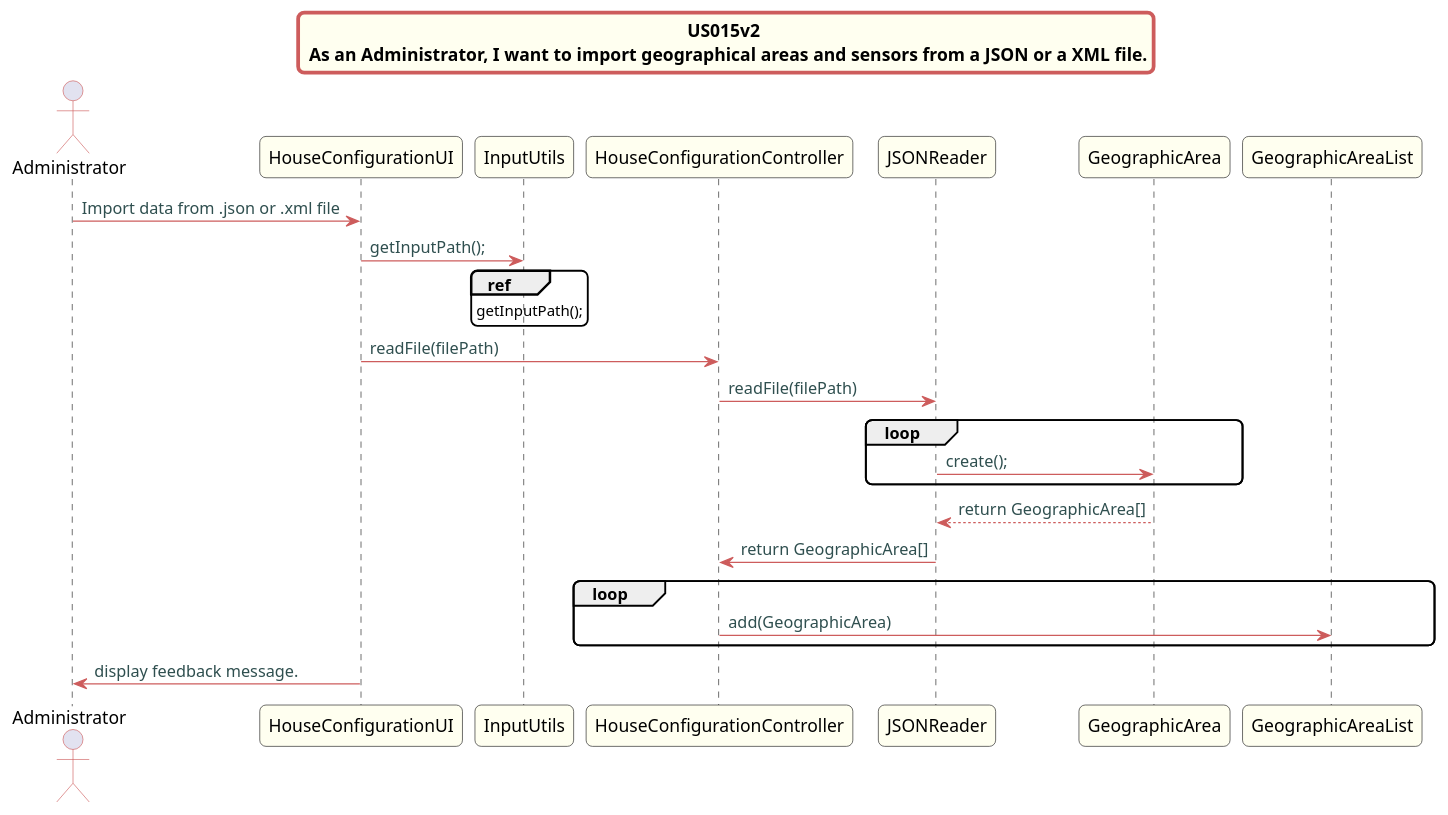
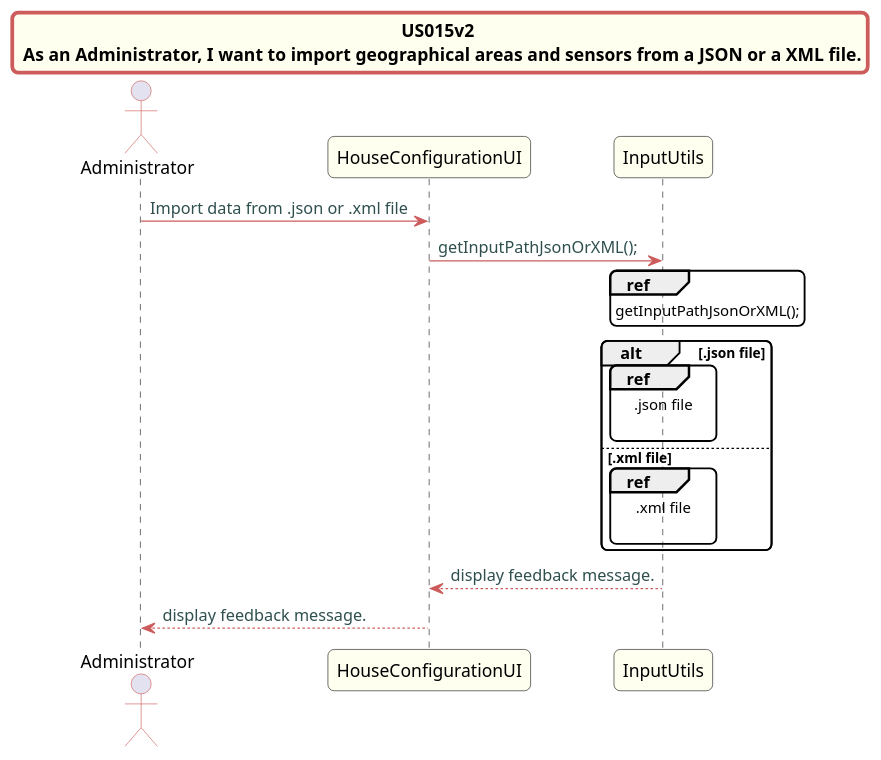
One commit to Almadanmp/project changed the diagram in src/doc/Controllers/HouseConfiguration/US15/US15v2_sd_HouseConfiguration.puml. Above: the diagram before and after it, drawn with PlantUML. The commit also changed 9 other files, not shown here.

Commit message:
REF #178 added class diagram and sequence diagram for us15v2 data persistence when importing data from JSON file

```diff
--- a/src/doc/Controllers/HouseConfiguration/US15/US15v2_sd_HouseConfiguration.puml
+++ b/src/doc/Controllers/HouseConfiguration/US15/US15v2_sd_HouseConfiguration.puml
@@ -1,45 +1,48 @@
 @startuml
 title US015v2 \n As an Administrator, I want to import geographical areas and sensors from a JSON or a XML file.
 skinparam titleBorderRoundCorner 10
 skinparam titleBorderThickness 3
 skinparam titleBorderColor indianred
 skinparam titleBackgroundColor ivory
 skinparam FontName quicksand
 
 skinparam actor {
   BorderColor indianred
   }
 
 skinparam sequence {
   LifeLineBackgroundColor indianred
   ParticipantBackgroundColor ivory
 }
 
 skinparam roundcorner 10
 
 skinparam component {
   arrowThickness 1
   ArrowFontName Verdana
   ArrowColor indianred
   ArrowFontColor darkslategrey
 }
 
 
 actor Administrator
 Administrator -> HouseConfigurationUI: Import data from .json or .xml file
-HouseConfigurationUI -> InputUtils: getInputPath();
+HouseConfigurationUI -> InputUtils: getInputPathJsonOrXML();
 ref over InputUtils
-getInputPath();
+getInputPathJsonOrXML();
 end ref
-HouseConfigurationUI -> HouseConfigurationController: readFile(filePath)
-HouseConfigurationController -> JSONReader: readFile(filePath)
-loop
-JSONReader -> GeographicArea: create();
-end loop
-GeographicArea --> JSONReader: return GeographicArea[]
-JSONReader -> HouseConfigurationController: return GeographicArea[]
-loop
-HouseConfigurationController -> GeographicAreaList: add(GeographicArea)
-end loop
-HouseConfigurationUI -> Administrator: display feedback message.
+alt .json file
+
+ref over InputUtils
+.json file
+
+end ref
+else .xml file
+ref over InputUtils
+.xml file
+
+end
+end alt
+InputUtils --> HouseConfigurationUI: display feedback message.
+HouseConfigurationUI --> Administrator: display feedback message.
 @enduml
```
